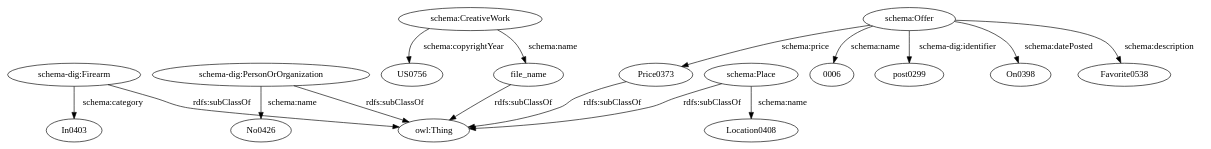
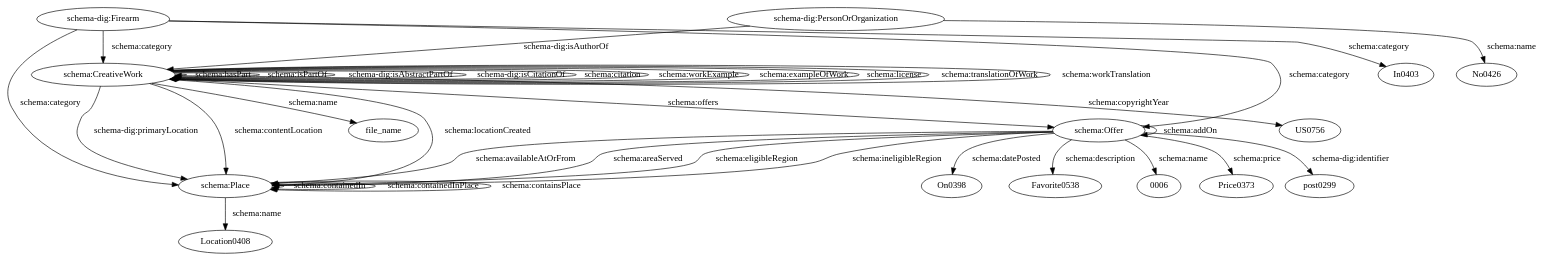
Before and after one commit to giuseppefutia/semi: the diagram in data/taheriyan2016/task_04/semantic_models/plausibles/dot/armslist.dot, drawn with Graphviz. The commit also changed 119 other files, not shown here.

```diff
--- a/data/taheriyan2016/task_04/semantic_models/plausibles/dot/armslist.dot
+++ b/data/taheriyan2016/task_04/semantic_models/plausibles/dot/armslist.dot
@@ -1,33 +1,53 @@
 digraph {
   In0403 [type=attribute_name,label=In0403]
   "schema-dig:Firearm1" [type=class_uri,label="schema-dig:Firearm"]
   No0426 [type=attribute_name,label=No0426]
   "schema-dig:PersonOrOrganization1" [type=class_uri,label="schema-dig:PersonOrOrganization"]
   US0756 [type=attribute_name,label=US0756]
   "schema:CreativeWork1" [type=class_uri,label="schema:CreativeWork"]
   file_name [type=attribute_name,label=file_name]
   post0299 [type=attribute_name,label=post0299]
   "schema:Offer1" [type=class_uri,label="schema:Offer"]
   On0398 [type=attribute_name,label=On0398]
   Favorite0538 [type=attribute_name,label=Favorite0538]
   "0006" [type=attribute_name,label="0006"]
   Price0373 [type=attribute_name,label=Price0373]
   Location0408 [type=attribute_name,label=Location0408]
   "schema:Place1" [type=class_uri,label="schema:Place"]
-  "owl:Thing" [type=special,label="owl:Thing"]
   "schema-dig:Firearm1" -> In0403 [label="schema:category",type=st_property_uri]
   "schema-dig:PersonOrOrganization1" -> No0426 [label="schema:name",type=st_property_uri]
   "schema:CreativeWork1" -> US0756 [label="schema:copyrightYear",type=st_property_uri]
   "schema:CreativeWork1" -> file_name [label="schema:name",type=st_property_uri]
   "schema:Offer1" -> post0299 [label="schema-dig:identifier",type=st_property_uri]
   "schema:Offer1" -> On0398 [label="schema:datePosted",type=st_property_uri]
   "schema:Offer1" -> Favorite0538 [label="schema:description",type=st_property_uri]
   "schema:Offer1" -> "0006" [label="schema:name",type=st_property_uri]
   "schema:Offer1" -> Price0373 [label="schema:price",type=st_property_uri]
   "schema:Place1" -> Location0408 [label="schema:name",type=st_property_uri]
-  "schema-dig:Firearm1" -> "owl:Thing" [label="rdfs:subClassOf",type=inherited,weight=0.3333333333333333]
-  "schema-dig:PersonOrOrganization1" -> "owl:Thing" [label="rdfs:subClassOf",type=inherited,weight=0.3333333333333333]
-  file_name -> "owl:Thing" [label="rdfs:subClassOf",type=inherited,weight=0.3333333333333333]
-  Price0373 -> "owl:Thing" [label="rdfs:subClassOf",type=inherited,weight=0.3333333333333333]
-  "schema:Place1" -> "owl:Thing" [label="rdfs:subClassOf",type=inherited,weight=0.3333333333333333]
+  "schema-dig:PersonOrOrganization1" -> "schema:CreativeWork1" [label="schema-dig:isAuthorOf",type=direct_property_uri,weight=1]
+  "schema:CreativeWork1" -> "schema:CreativeWork1" [label="schema:hasPart",type=direct_property_uri,weight=1]
+  "schema:CreativeWork1" -> "schema:CreativeWork1" [label="schema:isPartOf",type=direct_property_uri,weight=1]
+  "schema:CreativeWork1" -> "schema:CreativeWork1" [label="schema-dig:isAbstractPartOf",type=direct_property_uri,weight=1]
+  "schema:CreativeWork1" -> "schema:CreativeWork1" [label="schema-dig:isCitationOf",type=direct_property_uri,weight=1]
+  "schema:CreativeWork1" -> "schema:CreativeWork1" [label="schema:citation",type=direct_property_uri,weight=1]
+  "schema:CreativeWork1" -> "schema:CreativeWork1" [label="schema:workExample",type=direct_property_uri,weight=1]
+  "schema:CreativeWork1" -> "schema:CreativeWork1" [label="schema:exampleOfWork",type=direct_property_uri,weight=1]
+  "schema:CreativeWork1" -> "schema:CreativeWork1" [label="schema:license",type=direct_property_uri,weight=1]
+  "schema:CreativeWork1" -> "schema:CreativeWork1" [label="schema:translationOfWork",type=direct_property_uri,weight=1]
+  "schema:CreativeWork1" -> "schema:CreativeWork1" [label="schema:workTranslation",type=direct_property_uri,weight=1]
+  "schema:CreativeWork1" -> "schema:Offer1" [label="schema:offers",type=direct_property_uri,weight=1]
+  "schema:CreativeWork1" -> "schema:Place1" [label="schema:locationCreated",type=direct_property_uri,weight=1]
+  "schema:CreativeWork1" -> "schema:Place1" [label="schema-dig:primaryLocation",type=direct_property_uri,weight=1]
+  "schema:CreativeWork1" -> "schema:Place1" [label="schema:contentLocation",type=direct_property_uri,weight=1]
+  "schema:Offer1" -> "schema:Offer1" [label="schema:addOn",type=direct_property_uri,weight=1]
+  "schema:Offer1" -> "schema:Place1" [label="schema:ineligibleRegion",type=direct_property_uri,weight=1]
+  "schema:Offer1" -> "schema:Place1" [label="schema:availableAtOrFrom",type=direct_property_uri,weight=1]
+  "schema:Offer1" -> "schema:Place1" [label="schema:areaServed",type=direct_property_uri,weight=1]
+  "schema:Offer1" -> "schema:Place1" [label="schema:eligibleRegion",type=direct_property_uri,weight=1]
+  "schema:Place1" -> "schema:Place1" [label="schema:containedIn",type=direct_property_uri,weight=1]
+  "schema:Place1" -> "schema:Place1" [label="schema:containedInPlace",type=direct_property_uri,weight=1]
+  "schema:Place1" -> "schema:Place1" [label="schema:containsPlace",type=direct_property_uri,weight=1]
+  "schema-dig:Firearm1" -> "schema:CreativeWork1" [label="schema:category",type=inherited,weight=4]
+  "schema-dig:Firearm1" -> "schema:Offer1" [label="schema:category",type=inherited,weight=4]
+  "schema-dig:Firearm1" -> "schema:Place1" [label="schema:category",type=inherited,weight=4]
 }
```
